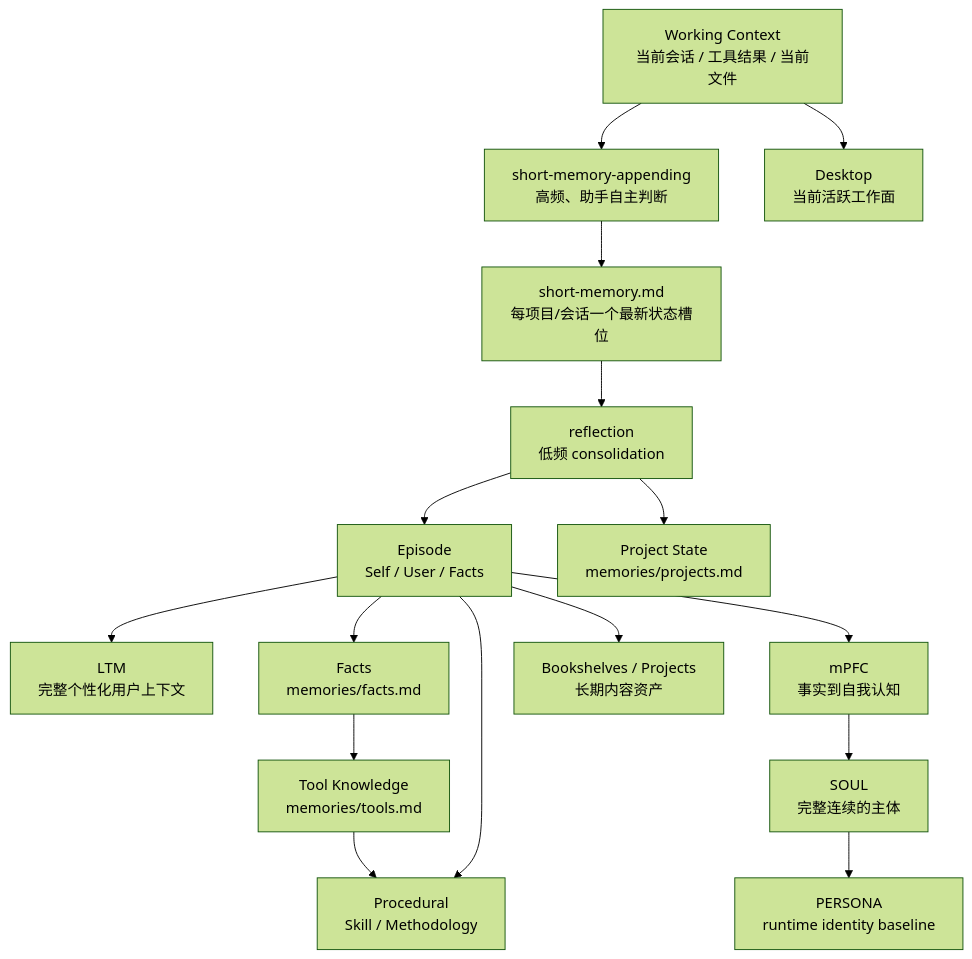
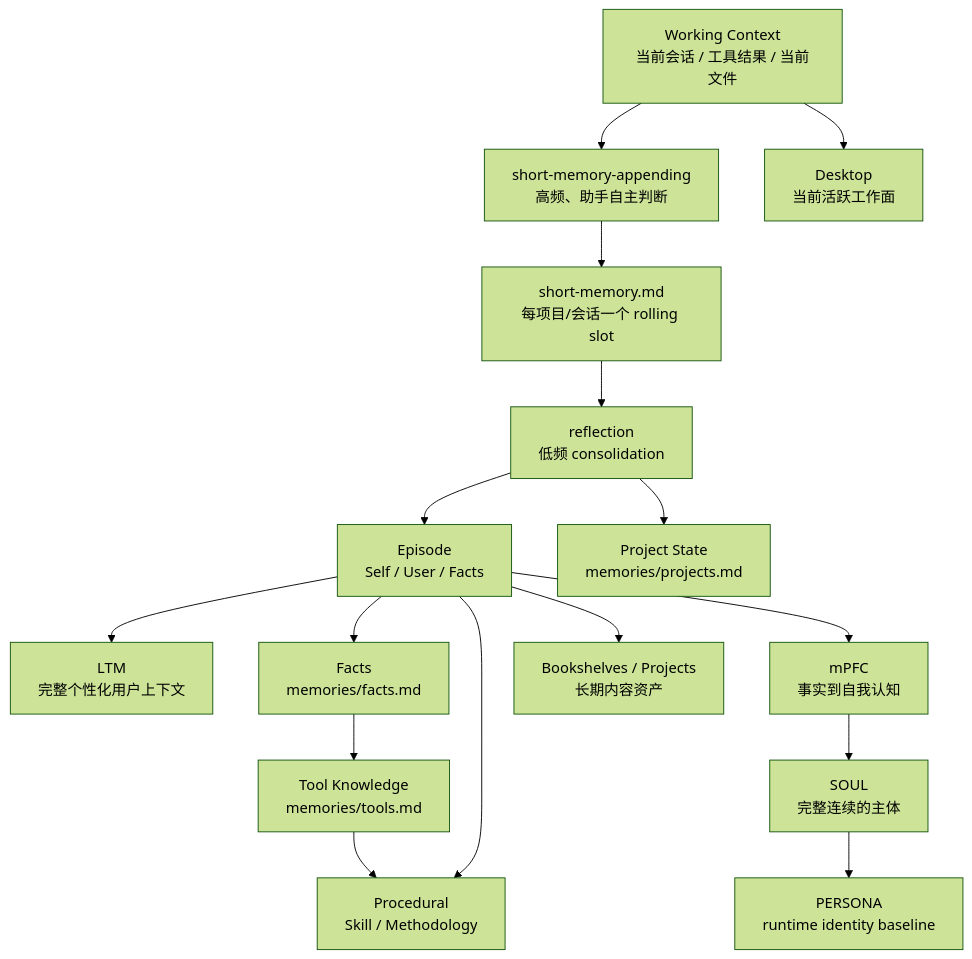
One commit to Ri0n72Y/agent-identity-cycle changed the first of 3 diagrams in docs/architecture.md. Above: the diagram before and after it, drawn with Mermaid (forest theme). The commit also changed other lines of this file and 7 other files, not shown here.

First line of the commit message:
feat: adopt rolling short-memory slots

````diff
--- a/docs/architecture.md
+++ b/docs/architecture.md
@@ -7,32 +7,32 @@
 ```mermaid
 flowchart TB
     W[Working Context\n当前会话 / 工具结果 / 当前文件]
     SA[short-memory-appending\n高频、助手自主判断]
-    S[short-memory.md\n每项目/会话一个最新状态槽位]
+    S[short-memory.md\n每项目/会话一个 rolling slot]
     R[reflection\n低频 consolidation]
     E[Episode\nSelf / User / Facts]
     L[LTM\n完整个性化用户上下文]
     P[Project State\nmemories/projects.md]
     F[Facts\nmemories/facts.md]
     TK[Tool Knowledge\nmemories/tools.md]
     M[mPFC\n事实到自我认知]
     SO[SOUL\n完整连续的主体]
     PE[PERSONA\nruntime identity baseline]
     PR[Procedural\nSkill / Methodology]
     B[Bookshelves / Projects\n长期内容资产]
     D[Desktop\n当前活跃工作面]
 
     W --> SA --> S
     W --> D
     S --> R
     R --> P
     R --> E
     E --> L
     E --> F
     E --> M
     E --> B
     F --> TK
     TK --> PR
     E --> PR
     M --> SO --> PE
 ```
````
